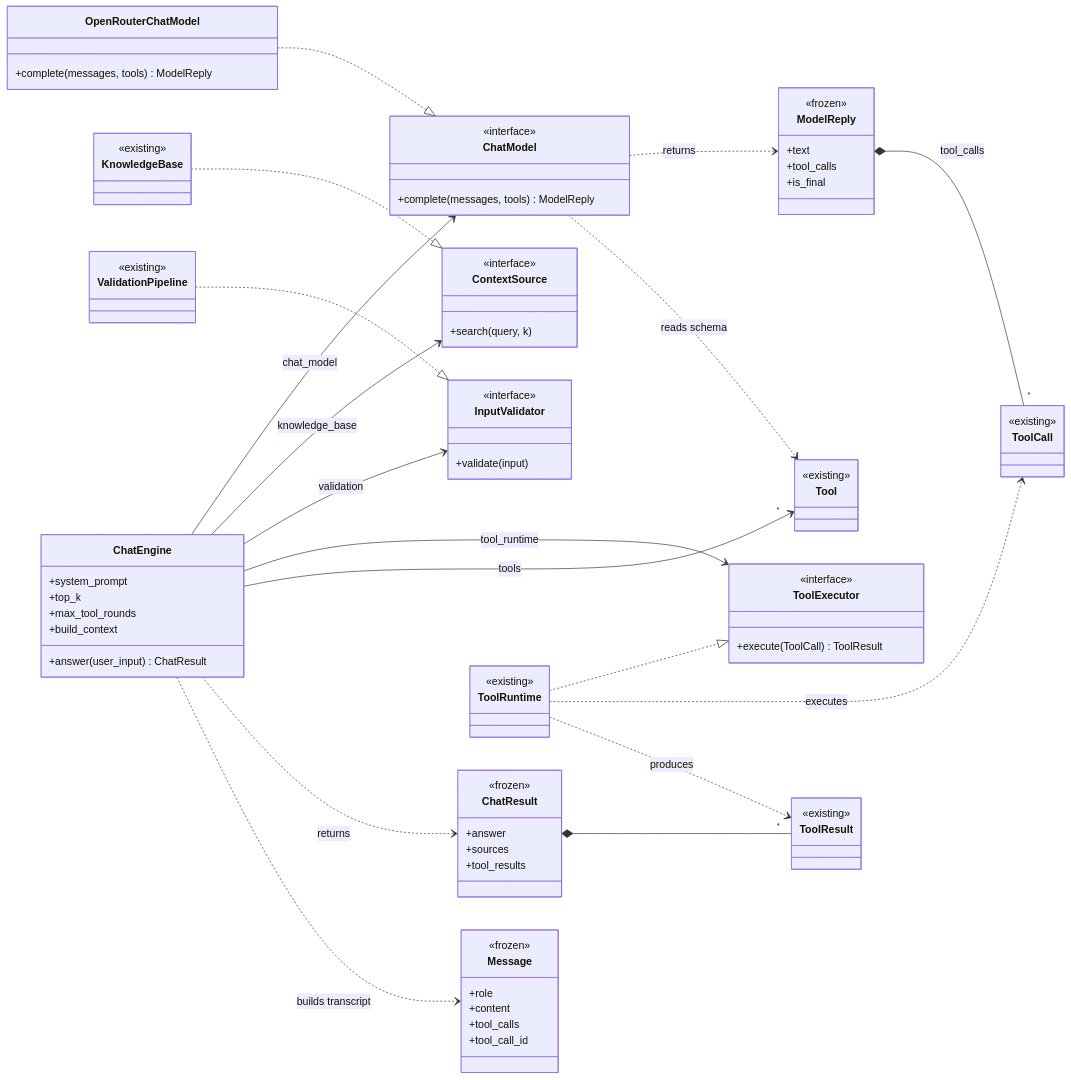
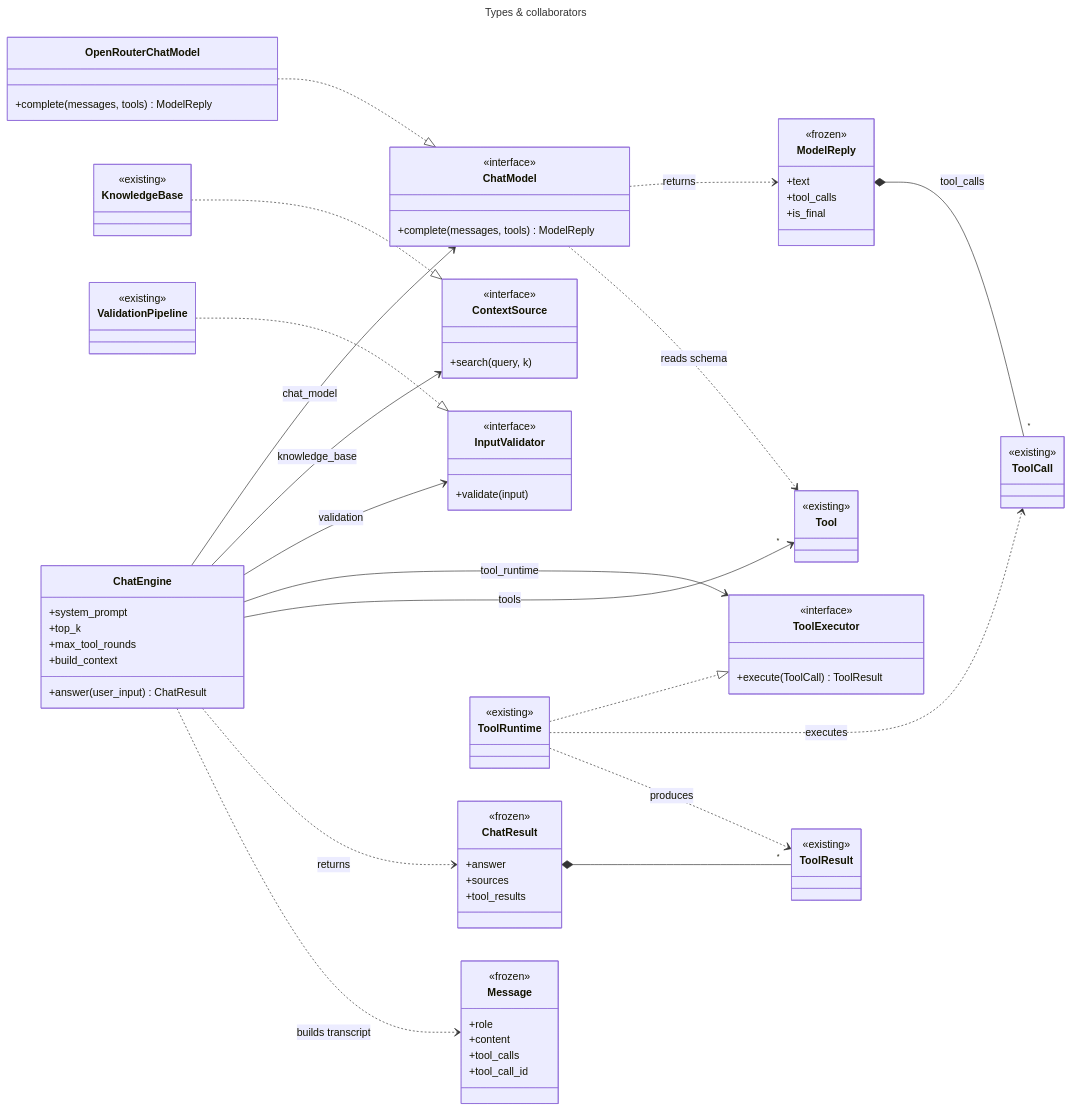
Before and after one commit to aschog/cora: the first of 3 diagrams in docs/plans/chat-engine.md, drawn with Mermaid. The commit also changed other lines of this file, not shown here.

Commit message:
docs: add titles to chat engine diagrams, drop redundant lead-ins

````diff
--- a/docs/plans/chat-engine.md
+++ b/docs/plans/chat-engine.md
@@ -23,4 +23,7 @@
 ```mermaid
+---
+title: Types & collaborators
+---
 classDiagram
   direction LR
 
````
